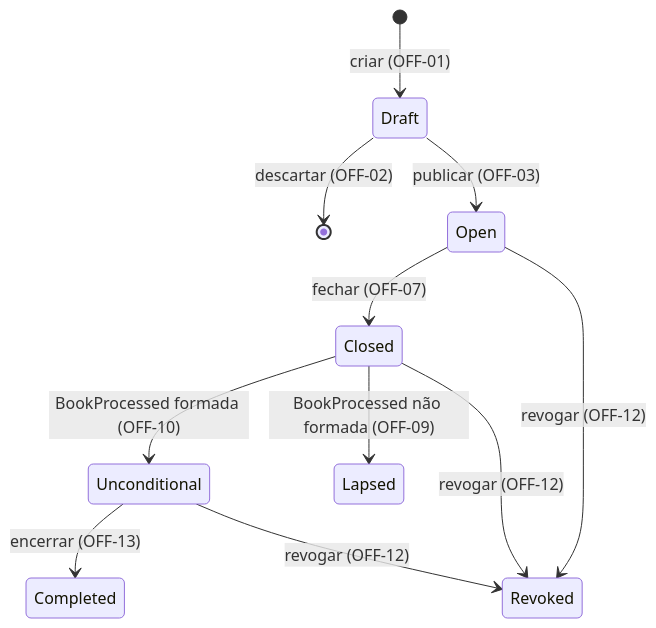
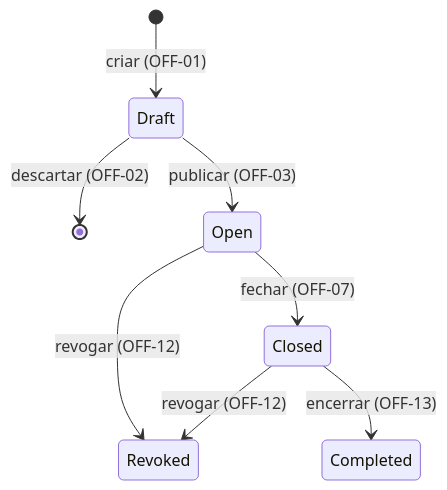
One commit to guilhermesalvi/fund-distribution-platform changed the diagram in docs/prd/0001-offering-offer-lifecycle.md. Above: the diagram before and after it, drawn with Mermaid. The commit also changed other lines of this file and 2 other files, not shown here.

````diff
--- a/docs/prd/0001-offering-offer-lifecycle.md
+++ b/docs/prd/0001-offering-offer-lifecycle.md
@@ -29,13 +29,10 @@
 ```mermaid
 stateDiagram-v2
     [*] --> Draft: criar (OFF-01)
     Draft --> [*]: descartar (OFF-02)
     Draft --> Open: publicar (OFF-03)
     Open --> Closed: fechar (OFF-07)
     Open --> Revoked: revogar (OFF-12)
-    Closed --> Unconditional: BookProcessed formada (OFF-10)
-    Closed --> Lapsed: BookProcessed não formada (OFF-09)
     Closed --> Revoked: revogar (OFF-12)
-    Unconditional --> Completed: encerrar (OFF-13)
-    Unconditional --> Revoked: revogar (OFF-12)
+    Closed --> Completed: encerrar (OFF-13)
 ```
````
